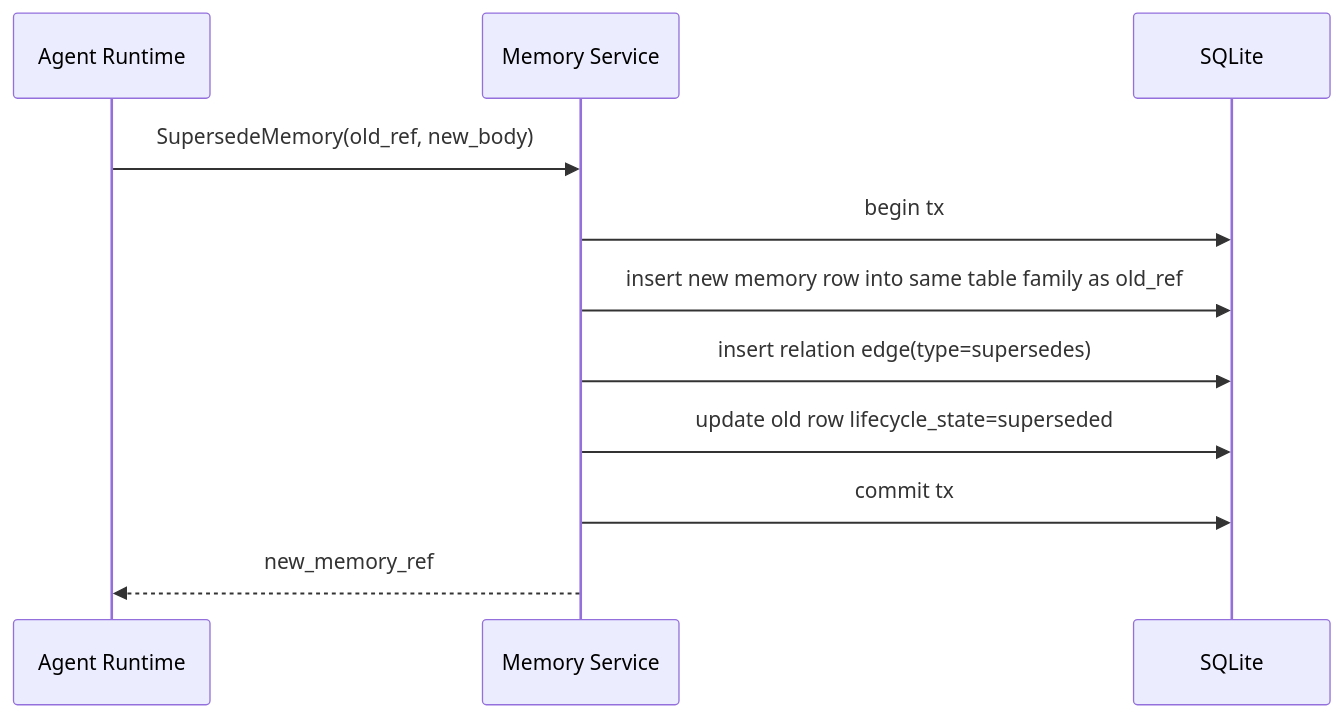
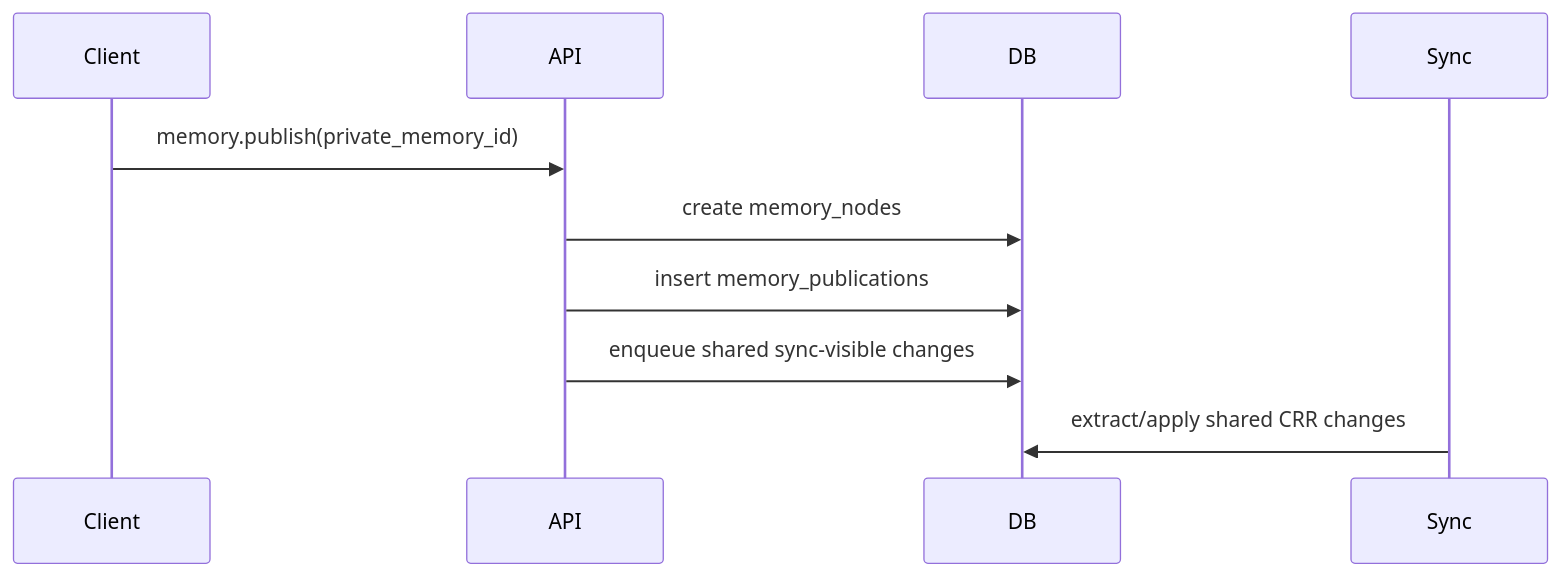
The fourth of 6 diagrams in docs/architecture/workflows.md (Taku315o/crdt-agent-memory), drawn with Mermaid before and after one commit. The commit also changed other lines of this file and 13 other files, not shown here.

````diff
--- a/docs/architecture/workflows.md
+++ b/docs/architecture/workflows.md
@@ -226,14 +62,13 @@
 ```mermaid
 sequenceDiagram
-    participant Agent as Agent Runtime
-    participant API as Memory Service
-    participant DB as SQLite
+    participant Client
+    participant API
+    participant DB
+    participant Sync
 
-    Agent->>API: SupersedeMemory(old_ref, new_body)
-    API->>DB: begin tx
-    API->>DB: insert new memory row into same table family as old_ref
-    API->>DB: insert relation edge(type=supersedes)
-    API->>DB: update old row lifecycle_state=superseded
-    API->>DB: commit tx
-    API-->>Agent: new_memory_ref
+    Client->>API: memory.publish(private_memory_id)
+    API->>DB: create memory_nodes
+    API->>DB: insert memory_publications
+    API->>DB: enqueue shared sync-visible changes
+    Sync->>DB: extract/apply shared CRR changes
 ```
````
